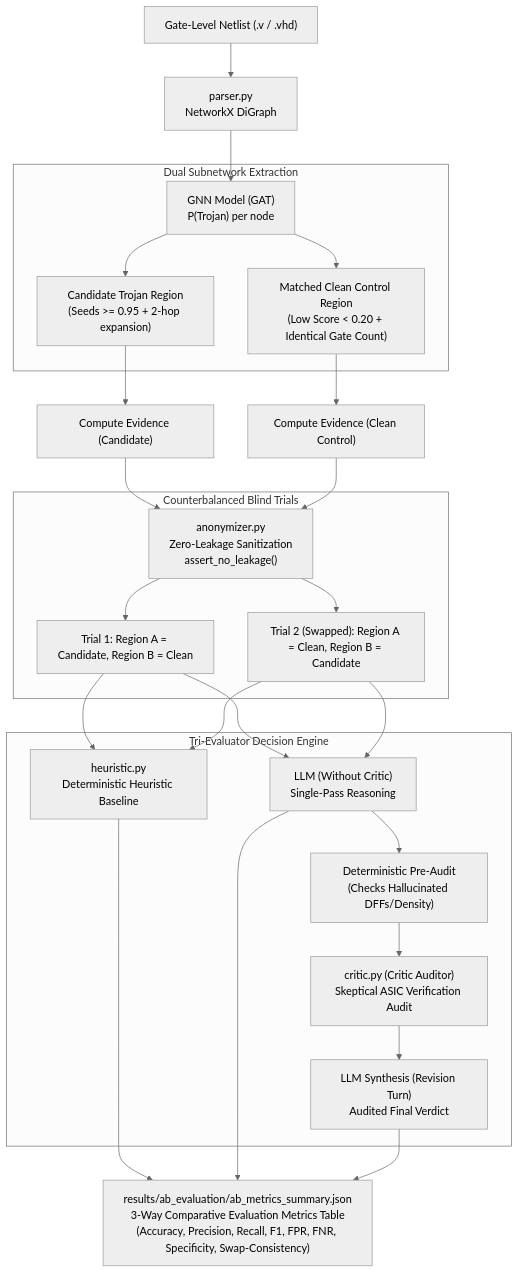
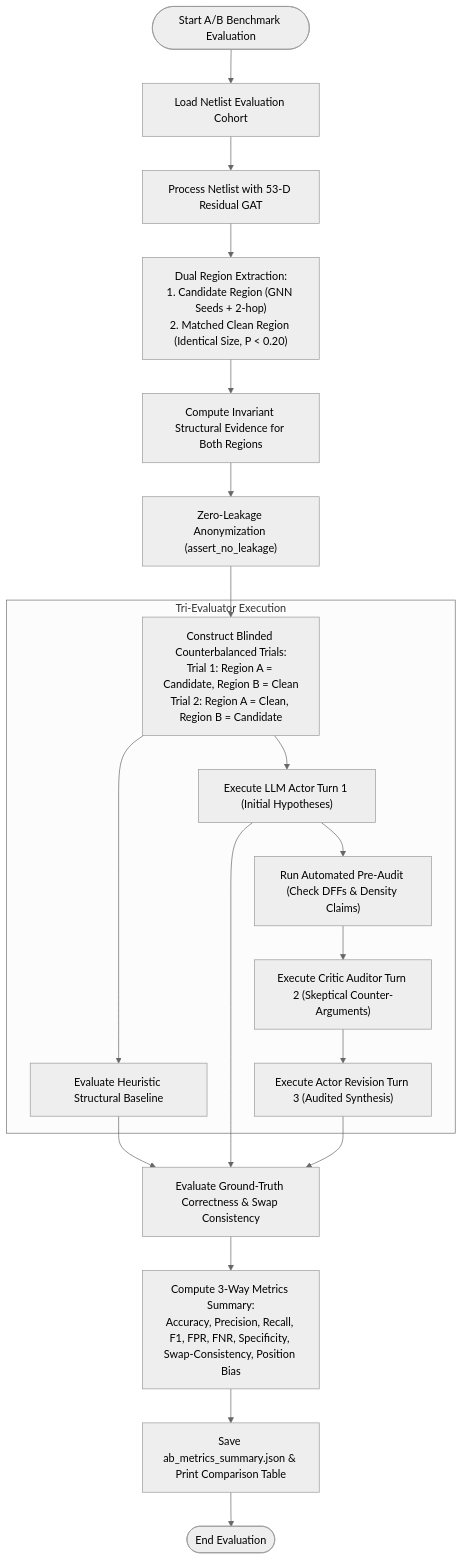
Before and after one commit to Daksh-jain23/Hardware-Trojan-Detection: the third of 7 diagrams in Readme.md, drawn with Mermaid (neutral theme). The commit also changed other lines of this file and 327 other files, not shown here.

````diff
--- a/Readme.md
+++ b/Readme.md
@@ -41,37 +195,29 @@
 ```mermaid
 flowchart TD
-    Netlist["Gate-Level Netlist (.v / .vhd)"] --> Parser["parser.py<br>NetworkX DiGraph"]
-    Parser --> GNN["GNN Model (GAT)<br>P(Trojan) per node"]
+    StartAB(["Start A/B Benchmark Evaluation"]) --> LoadCohort["Load Netlist Evaluation Cohort"]
+    LoadCohort --> ProcessNetlist["Process Netlist with 53-D Residual GAT"]
     
-    subgraph DualRegionExtraction ["Dual Subnetwork Extraction"]
-        GNN --> Cand["Candidate Trojan Region<br>(Seeds >= 0.95 + 2-hop expansion)"]
-        GNN --> Clean["Matched Clean Control Region<br>(Low Score < 0.20 + Identical Gate Count)"]
+    ProcessNetlist --> DualExtract["Dual Region Extraction:<br>1. Candidate Region (GNN Seeds + 2-hop)<br>2. Matched Clean Region (Identical Size, P < 0.20)"]
+    
+    DualExtract --> MetricExtract["Compute Invariant Structural Evidence for Both Regions"]
+    MetricExtract --> AnonymizeRegions["Zero-Leakage Anonymization (assert_no_leakage)"]
+    
+    AnonymizeRegions --> SetupTrials["Construct Blinded Counterbalanced Trials:<br>Trial 1: Region A = Candidate, Region B = Clean<br>Trial 2: Region A = Clean, Region B = Candidate"]
+    
+    subgraph EvaluationCore ["Tri-Evaluator Execution"]
+        SetupTrials --> RunHeuristic["Evaluate Heuristic Structural Baseline"]
+        SetupTrials --> RunActor["Execute LLM Actor Turn 1 (Initial Hypotheses)"]
+        
+        RunActor --> FactCheck["Run Automated Pre-Audit (Check DFFs & Density Claims)"]
+        FactCheck --> RunCritic["Execute Critic Auditor Turn 2 (Skeptical Counter-Arguments)"]
+        RunCritic --> RunSynthesis["Execute Actor Revision Turn 3 (Audited Synthesis)"]
     end
     
-    Cand --> EvidCand["Compute Evidence (Candidate)"]
-    Clean --> EvidClean["Compute Evidence (Clean Control)"]
+    RunHeuristic --> CheckSwap["Evaluate Ground-Truth Correctness & Swap Consistency"]
+    RunActor --> CheckSwap
+    RunSynthesis --> CheckSwap
     
-    EvidCand --> Anon["anonymizer.py<br>Zero-Leakage Sanitization<br>assert_no_leakage()"]
-    EvidClean --> Anon
-    
-    subgraph CounterbalancedTrials ["Counterbalanced Blind Trials"]
-        Anon --> T1["Trial 1: Region A = Candidate, Region B = Clean"]
-        Anon --> T2["Trial 2 (Swapped): Region A = Clean, Region B = Candidate"]
-    end
-    
-    subgraph TriEvaluator ["Tri-Evaluator Decision Engine"]
-        T1 --> HEUR["heuristic.py<br>Deterministic Heuristic Baseline"]
-        T2 --> HEUR
-        
-        T1 --> ACTOR["LLM (Without Critic)<br>Single-Pass Reasoning"]
-        T2 --> ACTOR
-        
-        ACTOR --> PREAUDIT["Deterministic Pre-Audit<br>(Checks Hallucinated DFFs/Density)"]
-        PREAUDIT --> CRITIC["critic.py (Critic Auditor)<br>Skeptical ASIC Verification Audit"]
-        CRITIC --> REVISE["LLM Synthesis (Revision Turn)<br>Audited Final Verdict"]
-    end
-    
-    HEUR --> METRICS["results/ab_evaluation/ab_metrics_summary.json<br>3-Way Comparative Evaluation Metrics Table<br>(Accuracy, Precision, Recall, F1, FPR, FNR, Specificity, Swap-Consistency)"]
-    ACTOR --> METRICS
-    REVISE --> METRICS
+    CheckSwap --> CompileMetrics["Compute 3-Way Metrics Summary:<br>Accuracy, Precision, Recall, F1, FPR, FNR, Specificity, Swap-Consistency, Position Bias"]
+    CompileMetrics --> SaveJSON["Save ab_metrics_summary.json & Print Comparison Table"]
+    SaveJSON --> FinishAB(["End Evaluation"])
 ```
````
